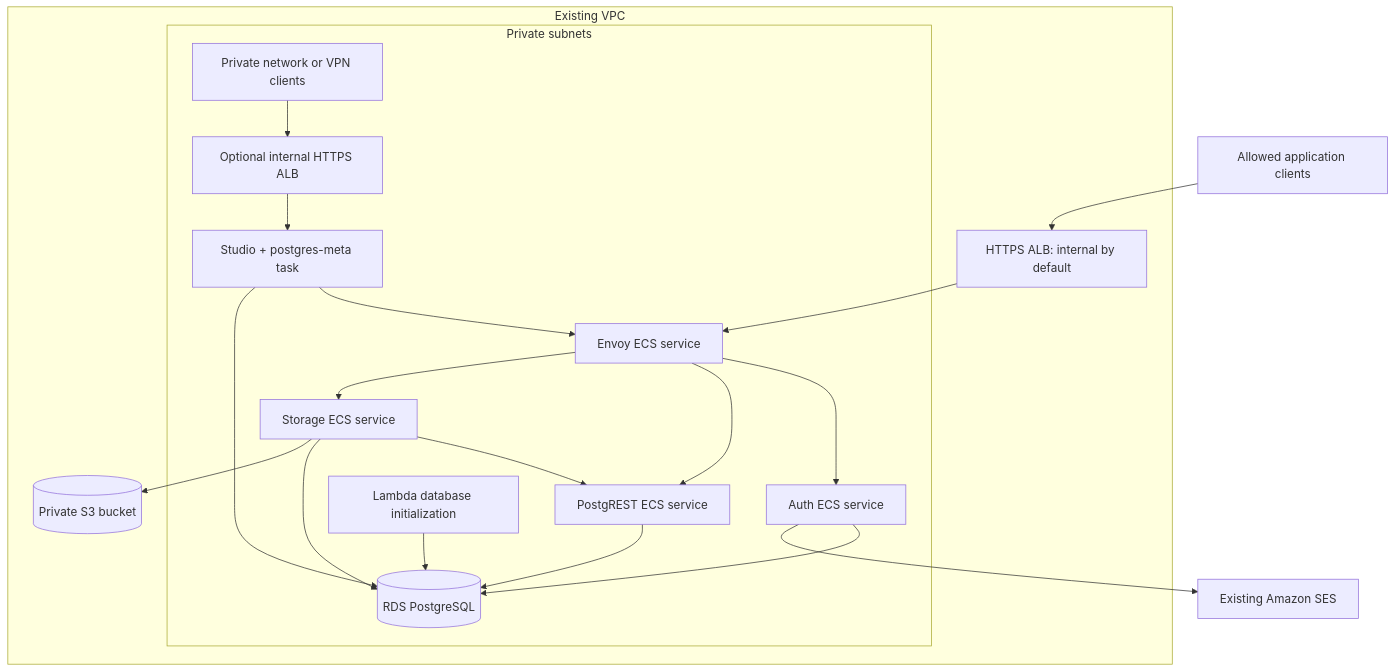
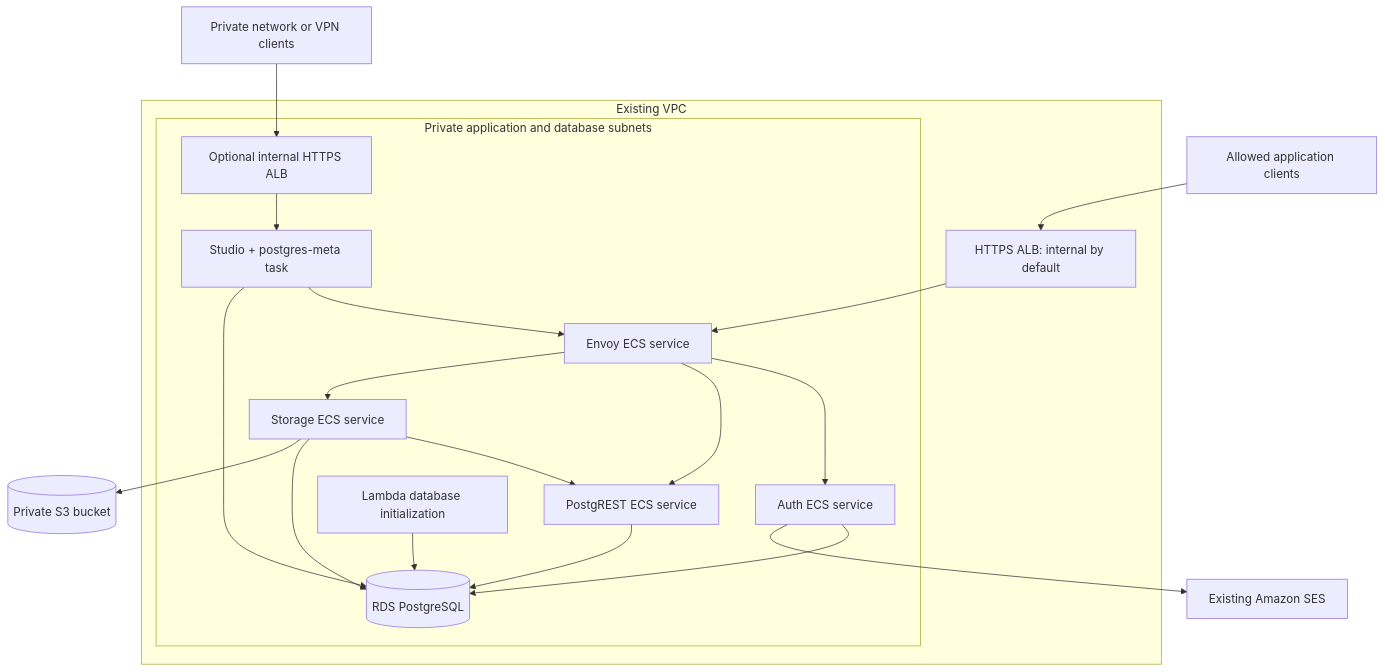
Before and after one commit to vincenzodomina/supabase-aws: the diagram in README.md, drawn with Mermaid. The commit also changed other lines of this file, not shown here.

````diff
--- a/README.md
+++ b/README.md
@@ -9,23 +9,26 @@
 ```mermaid
 flowchart TD
-    Clients[Allowed application clients] --> ALB[HTTPS ALB: internal by default]
+    Clients[Allowed application clients] --> ALB
+    VPN[Private network or VPN clients] --> AdminALB
     subgraph VPC[Existing VPC]
-      ALB --> Envoy[Envoy ECS service]
-      subgraph Private[Private subnets]
+      ALB[HTTPS ALB: internal by default]
+      subgraph Private[Private application and database subnets]
+        Envoy[Envoy ECS service]
         Envoy --> Auth[Auth ECS service]
         Envoy --> REST[PostgREST ECS service]
         Envoy --> Storage[Storage ECS service]
         Storage --> REST
-        VPN[Private network or VPN clients] --> AdminALB[Optional internal HTTPS ALB]
+        AdminALB[Optional internal HTTPS ALB]
         AdminALB --> Admin[Studio + postgres-meta task]
         Admin --> Envoy
         Bootstrap[Lambda database initialization] --> DB[(RDS PostgreSQL)]
         Auth --> DB
         REST --> DB
         Storage --> DB
         Admin --> DB
       end
-      Storage --> S3[(Private S3 bucket)]
+      ALB --> Envoy
     end
+    Storage --> S3[(Private S3 bucket)]
     Auth --> SES[Existing Amazon SES]
 ```
````
